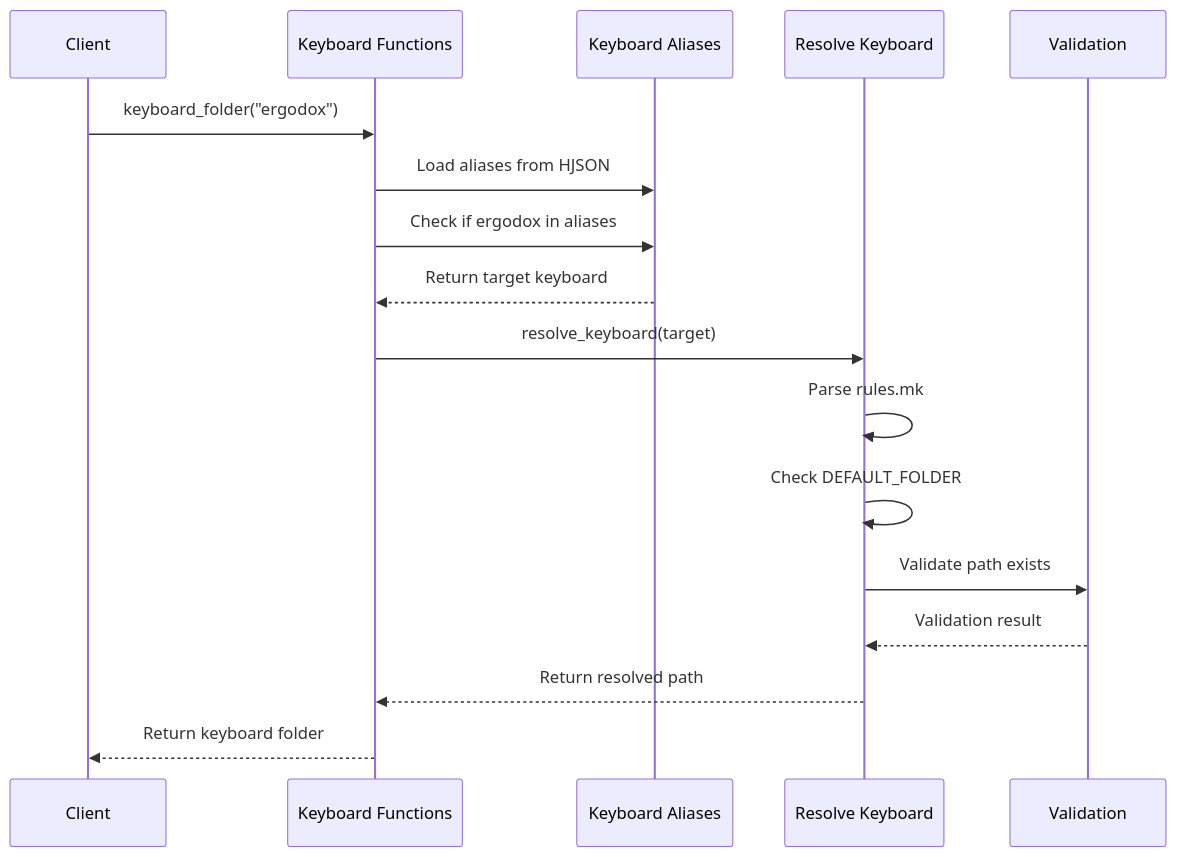
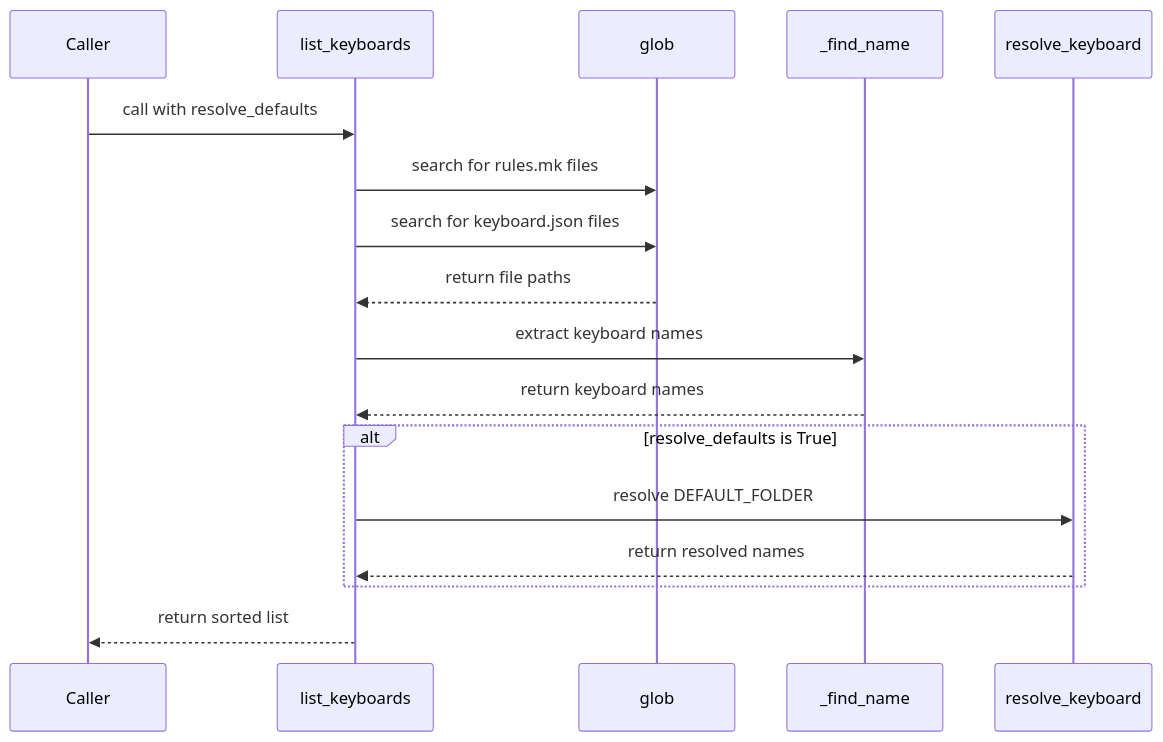
Before and after one commit to FSoft-AI4Code/codewiki-demo: the third of 6 diagrams in docs/qmk--qmk_firmware-docs/keyboard.md, drawn with Mermaid. The commit also changed other lines of this file and 1103 other files, not shown here.

````diff
--- a/docs/qmk--qmk_firmware-docs/keyboard.md
+++ b/docs/qmk--qmk_firmware-docs/keyboard.md
@@ -123,20 +88,20 @@
 ```mermaid
 sequenceDiagram
-    participant Client
-    participant KF as Keyboard Functions
-    participant KA as Keyboard Aliases
-    participant RK as Resolve Keyboard
-    participant VP as Validation
+    participant Caller
+    participant list_keyboards
+    participant glob
+    participant _find_name
+    participant resolve_keyboard
     
-    Client->>KF: keyboard_folder("ergodox")
-    KF->>KA: Load aliases from HJSON
-    KF->>KA: Check if ergodox in aliases
-    KA-->>KF: Return target keyboard
-    KF->>RK: resolve_keyboard(target)
-    RK->>RK: Parse rules.mk
-    RK->>RK: Check DEFAULT_FOLDER
-    RK->>VP: Validate path exists
-    VP-->>RK: Validation result
-    RK-->>KF: Return resolved path
-    KF-->>Client: Return keyboard folder
+    Caller->>list_keyboards: call with resolve_defaults
+    list_keyboards->>glob: search for rules.mk files
+    list_keyboards->>glob: search for keyboard.json files
+    glob-->>list_keyboards: return file paths
+    list_keyboards->>_find_name: extract keyboard names
+    _find_name-->>list_keyboards: return keyboard names
+    alt resolve_defaults is True
+        list_keyboards->>resolve_keyboard: resolve DEFAULT_FOLDER
+        resolve_keyboard-->>list_keyboards: return resolved names
+    end
+    list_keyboards-->>Caller: return sorted list
 ```
````
